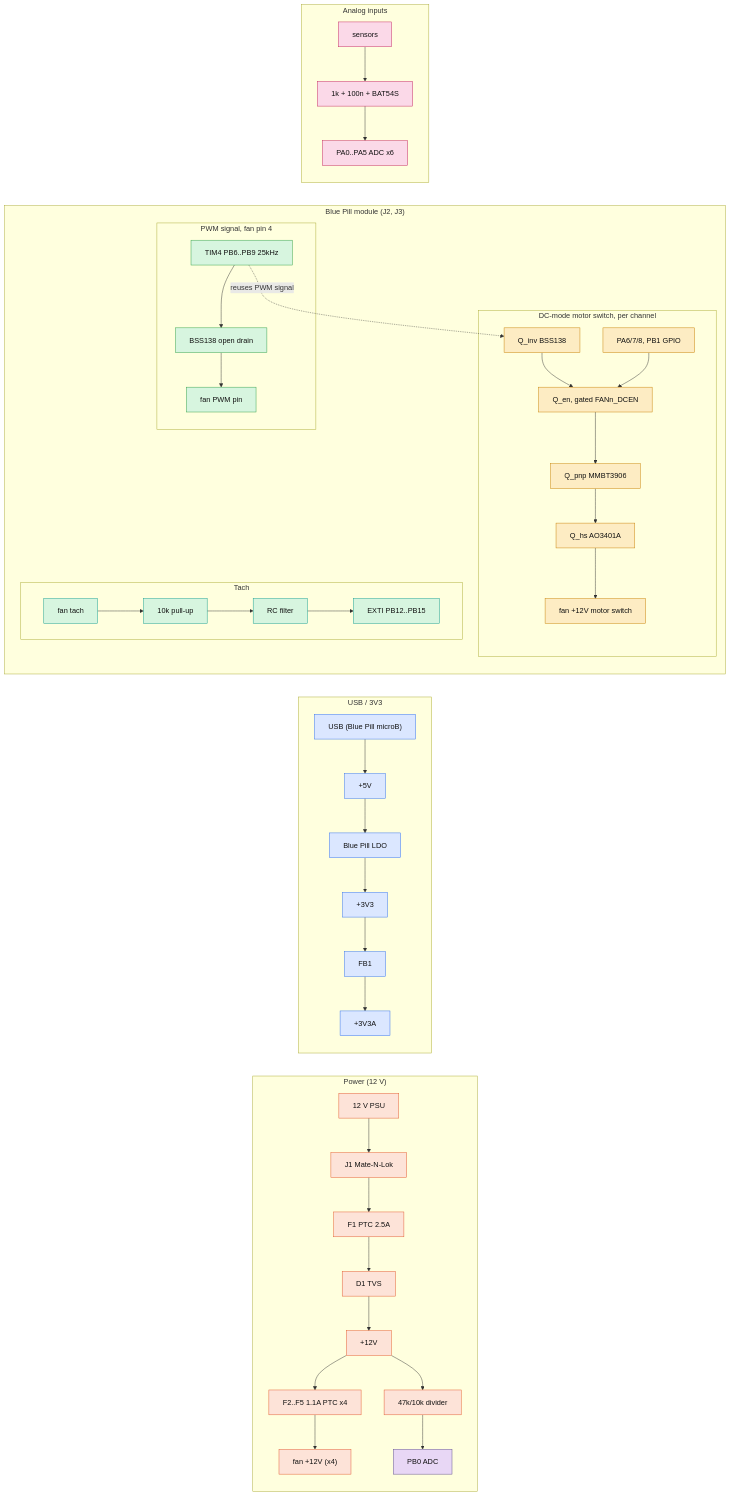
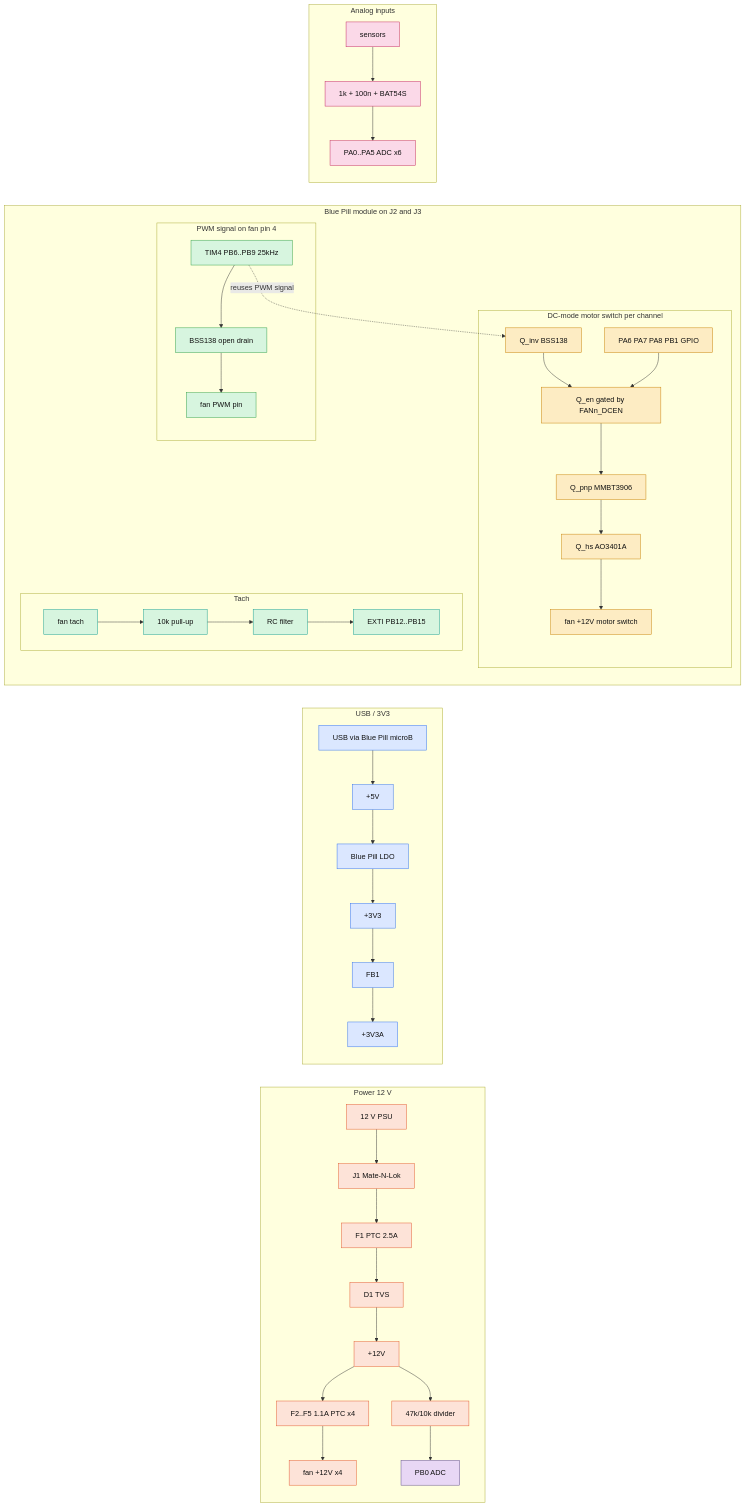
Before and after one commit to rmskkn/fanny: the diagram in README.md, drawn with Mermaid. The commit also changed other lines of this file, not shown here.

````diff
--- a/README.md
+++ b/README.md
@@ -84,46 +84,46 @@
 ```mermaid
 flowchart LR
     classDef power fill:#fde3d8,stroke:#e2572b,color:#111
     classDef usb fill:#dbe7ff,stroke:#2f6fed,color:#111
     classDef mcu fill:#e8d7f5,stroke:#5b4b8a,color:#111
     classDef pwm fill:#d7f5df,stroke:#2f9e44,color:#111
     classDef dcmode fill:#fdecc3,stroke:#c77f00,color:#111
     classDef tach fill:#d7f5df,stroke:#0f9b8e,color:#111
     classDef analog fill:#fbd9e8,stroke:#c2255c,color:#111
 
-    subgraph PWR["Power (12 V)"]
+    subgraph PWR["Power 12 V"]
         PSU["12 V PSU"] --> J1["J1 Mate-N-Lok"] --> F1["F1 PTC 2.5A"] --> D1["D1 TVS"] --> V12["+12V"]
-        V12 --> F25["F2..F5 1.1A PTC x4"] --> FANV["fan +12V (x4)"]
+        V12 --> F25["F2..F5 1.1A PTC x4"] --> FANV["fan +12V x4"]
         V12 --> DIV["47k/10k divider"] --> PB0["PB0 ADC"]
     end
 
     subgraph USB3V3["USB / 3V3"]
-        USB["USB (Blue Pill microB)"] --> P5V["+5V"] --> LDO["Blue Pill LDO"] --> V33["+3V3"] --> FB1["FB1"] --> V33A["+3V3A"]
+        USB["USB via Blue Pill microB"] --> P5V["+5V"] --> LDO["Blue Pill LDO"] --> V33["+3V3"] --> FB1["FB1"] --> V33A["+3V3A"]
     end
 
-    subgraph MCU["Blue Pill module (J2, J3)"]
-        subgraph PWMSIG["PWM signal, fan pin 4"]
+    subgraph MCU["Blue Pill module on J2 and J3"]
+        subgraph PWMSIG["PWM signal on fan pin 4"]
             TIM4["TIM4 PB6..PB9 25kHz"] --> BSS["BSS138 open drain"] --> FPWM["fan PWM pin"]
         end
-        subgraph DCMODE["DC-mode motor switch, per channel"]
-            QINV["Q_inv BSS138"] --> QEN["Q_en, gated FANn_DCEN"] --> QPNP["Q_pnp MMBT3906"] --> QHS["Q_hs AO3401A"] --> FSW["fan +12V motor switch"]
-            GPIO["PA6/7/8, PB1 GPIO"] --> QEN
+        subgraph DCMODE["DC-mode motor switch per channel"]
+            QINV["Q_inv BSS138"] --> QEN["Q_en gated by FANn_DCEN"] --> QPNP["Q_pnp MMBT3906"] --> QHS["Q_hs AO3401A"] --> FSW["fan +12V motor switch"]
+            GPIO["PA6 PA7 PA8 PB1 GPIO"] --> QEN
         end
         TIM4 -. reuses PWM signal .-> QINV
         subgraph TACHLANE["Tach"]
             FT["fan tach"] --> PU["10k pull-up"] --> RC["RC filter"] --> EXTI["EXTI PB12..PB15"]
         end
     end
 
     subgraph ANALOG["Analog inputs"]
         SENS["sensors"] --> RCB["1k + 100n + BAT54S"] --> ADC["PA0..PA5 ADC x6"]
     end
 
     class PSU,J1,F1,D1,V12,F25,FANV,DIV power
     class PB0 mcu
     class USB,P5V,LDO,V33,FB1,V33A usb
     class TIM4,BSS,FPWM pwm
     class QINV,QEN,QPNP,QHS,FSW,GPIO dcmode
     class FT,PU,RC,EXTI tach
     class SENS,RCB,ADC analog
 ```
````
